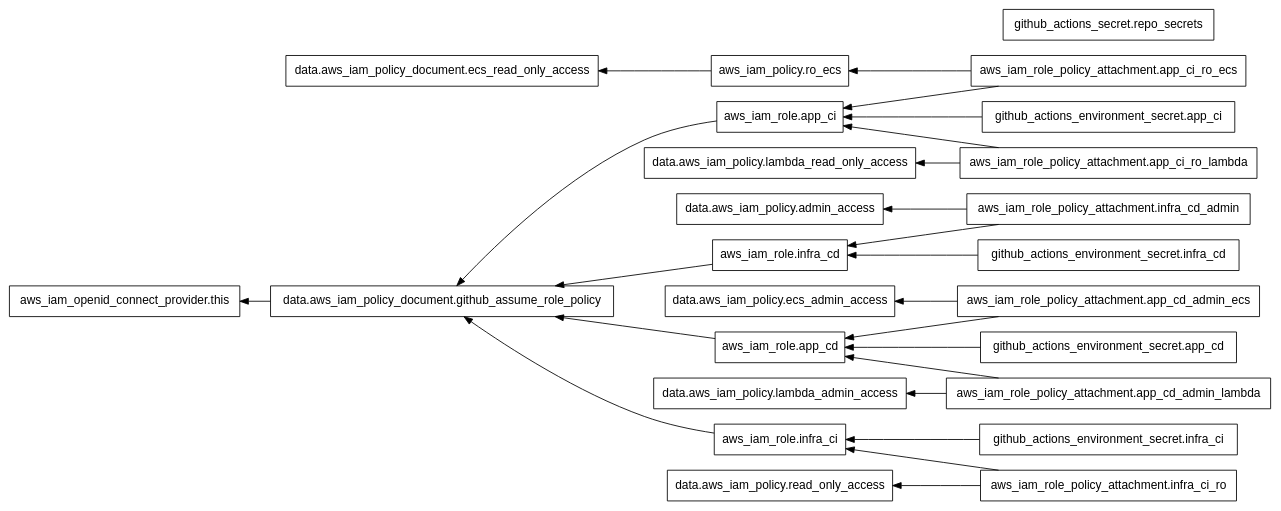
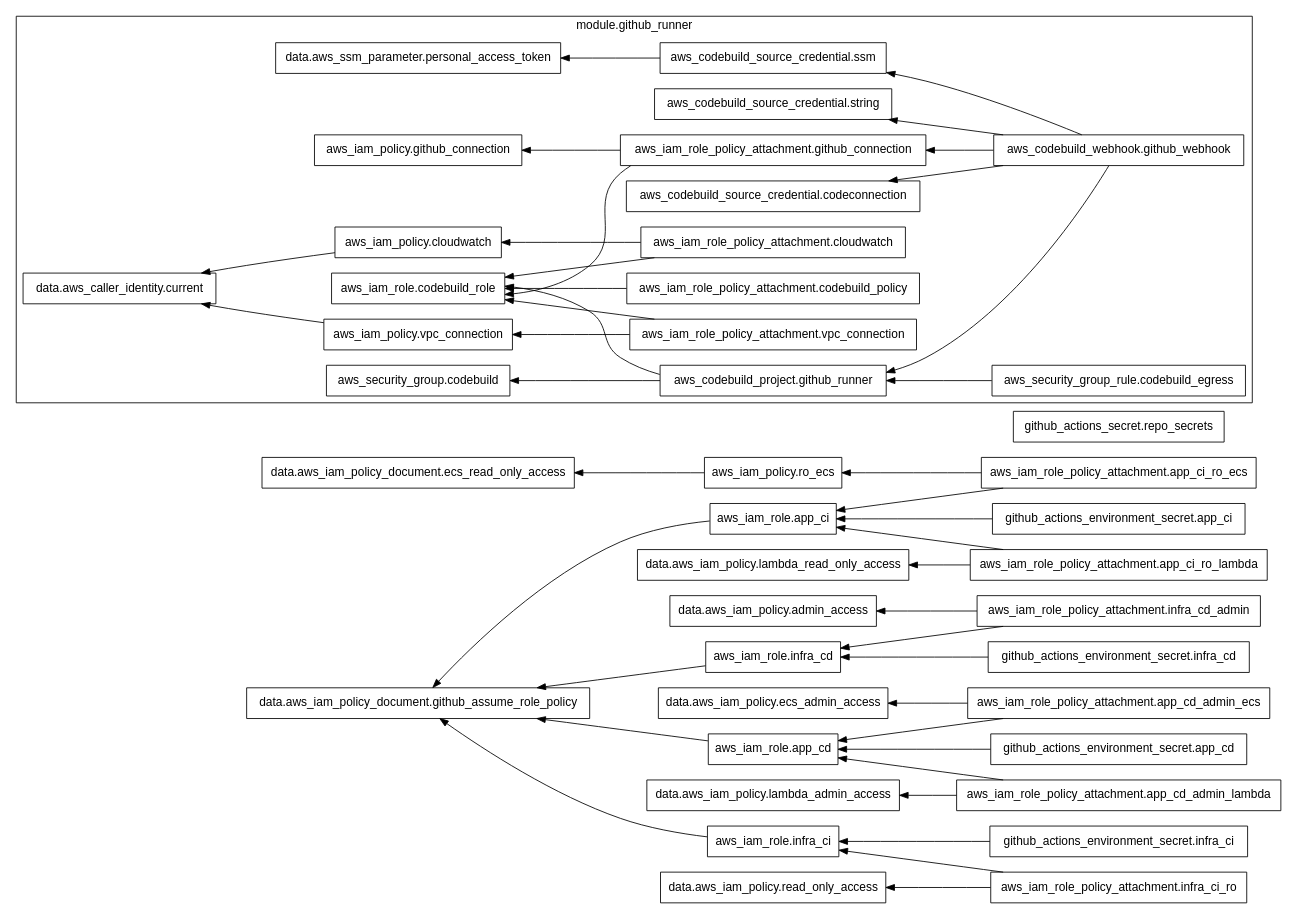
One commit to pagopa/dx changed the diagram in infra/modules/aws_github_environment_bootstrap/graph.dot. Above: the diagram before and after it, drawn with Graphviz. The commit also changed 2 other files, not shown here.

```diff
--- a/infra/modules/aws_github_environment_bootstrap/graph.dot
+++ b/infra/modules/aws_github_environment_bootstrap/graph.dot
@@ -1,50 +1,87 @@
 digraph G {
   rankdir = "RL";
   node [shape = rect, fontname = "sans-serif"];
   "data.aws_iam_policy.admin_access" [label="data.aws_iam_policy.admin_access"];
   "data.aws_iam_policy.ecs_admin_access" [label="data.aws_iam_policy.ecs_admin_access"];
   "data.aws_iam_policy.lambda_admin_access" [label="data.aws_iam_policy.lambda_admin_access"];
   "data.aws_iam_policy.lambda_read_only_access" [label="data.aws_iam_policy.lambda_read_only_access"];
   "data.aws_iam_policy.read_only_access" [label="data.aws_iam_policy.read_only_access"];
   "data.aws_iam_policy_document.ecs_read_only_access" [label="data.aws_iam_policy_document.ecs_read_only_access"];
   "data.aws_iam_policy_document.github_assume_role_policy" [label="data.aws_iam_policy_document.github_assume_role_policy"];
-  "aws_iam_openid_connect_provider.this" [label="aws_iam_openid_connect_provider.this"];
   "aws_iam_policy.ro_ecs" [label="aws_iam_policy.ro_ecs"];
   "aws_iam_role.app_cd" [label="aws_iam_role.app_cd"];
   "aws_iam_role.app_ci" [label="aws_iam_role.app_ci"];
   "aws_iam_role.infra_cd" [label="aws_iam_role.infra_cd"];
   "aws_iam_role.infra_ci" [label="aws_iam_role.infra_ci"];
   "aws_iam_role_policy_attachment.app_cd_admin_ecs" [label="aws_iam_role_policy_attachment.app_cd_admin_ecs"];
   "aws_iam_role_policy_attachment.app_cd_admin_lambda" [label="aws_iam_role_policy_attachment.app_cd_admin_lambda"];
   "aws_iam_role_policy_attachment.app_ci_ro_ecs" [label="aws_iam_role_policy_attachment.app_ci_ro_ecs"];
   "aws_iam_role_policy_attachment.app_ci_ro_lambda" [label="aws_iam_role_policy_attachment.app_ci_ro_lambda"];
   "aws_iam_role_policy_attachment.infra_cd_admin" [label="aws_iam_role_policy_attachment.infra_cd_admin"];
   "aws_iam_role_policy_attachment.infra_ci_ro" [label="aws_iam_role_policy_attachment.infra_ci_ro"];
   "github_actions_environment_secret.app_cd" [label="github_actions_environment_secret.app_cd"];
   "github_actions_environment_secret.app_ci" [label="github_actions_environment_secret.app_ci"];
   "github_actions_environment_secret.infra_cd" [label="github_actions_environment_secret.infra_cd"];
   "github_actions_environment_secret.infra_ci" [label="github_actions_environment_secret.infra_ci"];
   "github_actions_secret.repo_secrets" [label="github_actions_secret.repo_secrets"];
-  "data.aws_iam_policy_document.github_assume_role_policy" -> "aws_iam_openid_connect_provider.this";
+  subgraph "cluster_module.github_runner" {
+    label = "module.github_runner"
+    fontname = "sans-serif"
+    "module.github_runner.data.aws_caller_identity.current" [label="data.aws_caller_identity.current"];
+    "module.github_runner.data.aws_ssm_parameter.personal_access_token" [label="data.aws_ssm_parameter.personal_access_token"];
+    "module.github_runner.aws_codebuild_project.github_runner" [label="aws_codebuild_project.github_runner"];
+    "module.github_runner.aws_codebuild_source_credential.codeconnection" [label="aws_codebuild_source_credential.codeconnection"];
+    "module.github_runner.aws_codebuild_source_credential.ssm" [label="aws_codebuild_source_credential.ssm"];
+    "module.github_runner.aws_codebuild_source_credential.string" [label="aws_codebuild_source_credential.string"];
+    "module.github_runner.aws_codebuild_webhook.github_webhook" [label="aws_codebuild_webhook.github_webhook"];
+    "module.github_runner.aws_iam_policy.cloudwatch" [label="aws_iam_policy.cloudwatch"];
+    "module.github_runner.aws_iam_policy.github_connection" [label="aws_iam_policy.github_connection"];
+    "module.github_runner.aws_iam_policy.vpc_connection" [label="aws_iam_policy.vpc_connection"];
+    "module.github_runner.aws_iam_role.codebuild_role" [label="aws_iam_role.codebuild_role"];
+    "module.github_runner.aws_iam_role_policy_attachment.cloudwatch" [label="aws_iam_role_policy_attachment.cloudwatch"];
+    "module.github_runner.aws_iam_role_policy_attachment.codebuild_policy" [label="aws_iam_role_policy_attachment.codebuild_policy"];
+    "module.github_runner.aws_iam_role_policy_attachment.github_connection" [label="aws_iam_role_policy_attachment.github_connection"];
+    "module.github_runner.aws_iam_role_policy_attachment.vpc_connection" [label="aws_iam_role_policy_attachment.vpc_connection"];
+    "module.github_runner.aws_security_group.codebuild" [label="aws_security_group.codebuild"];
+    "module.github_runner.aws_security_group_rule.codebuild_egress" [label="aws_security_group_rule.codebuild_egress"];
+  }
   "aws_iam_policy.ro_ecs" -> "data.aws_iam_policy_document.ecs_read_only_access";
   "aws_iam_role.app_cd" -> "data.aws_iam_policy_document.github_assume_role_policy";
   "aws_iam_role.app_ci" -> "data.aws_iam_policy_document.github_assume_role_policy";
   "aws_iam_role.infra_cd" -> "data.aws_iam_policy_document.github_assume_role_policy";
   "aws_iam_role.infra_ci" -> "data.aws_iam_policy_document.github_assume_role_policy";
   "aws_iam_role_policy_attachment.app_cd_admin_ecs" -> "data.aws_iam_policy.ecs_admin_access";
   "aws_iam_role_policy_attachment.app_cd_admin_ecs" -> "aws_iam_role.app_cd";
   "aws_iam_role_policy_attachment.app_cd_admin_lambda" -> "data.aws_iam_policy.lambda_admin_access";
   "aws_iam_role_policy_attachment.app_cd_admin_lambda" -> "aws_iam_role.app_cd";
   "aws_iam_role_policy_attachment.app_ci_ro_ecs" -> "aws_iam_policy.ro_ecs";
   "aws_iam_role_policy_attachment.app_ci_ro_ecs" -> "aws_iam_role.app_ci";
   "aws_iam_role_policy_attachment.app_ci_ro_lambda" -> "data.aws_iam_policy.lambda_read_only_access";
   "aws_iam_role_policy_attachment.app_ci_ro_lambda" -> "aws_iam_role.app_ci";
   "aws_iam_role_policy_attachment.infra_cd_admin" -> "data.aws_iam_policy.admin_access";
   "aws_iam_role_policy_attachment.infra_cd_admin" -> "aws_iam_role.infra_cd";
   "aws_iam_role_policy_attachment.infra_ci_ro" -> "data.aws_iam_policy.read_only_access";
   "aws_iam_role_policy_attachment.infra_ci_ro" -> "aws_iam_role.infra_ci";
   "github_actions_environment_secret.app_cd" -> "aws_iam_role.app_cd";
   "github_actions_environment_secret.app_ci" -> "aws_iam_role.app_ci";
   "github_actions_environment_secret.infra_cd" -> "aws_iam_role.infra_cd";
   "github_actions_environment_secret.infra_ci" -> "aws_iam_role.infra_ci";
+  "module.github_runner.aws_codebuild_project.github_runner" -> "module.github_runner.aws_iam_role.codebuild_role";
+  "module.github_runner.aws_codebuild_project.github_runner" -> "module.github_runner.aws_security_group.codebuild";
+  "module.github_runner.aws_codebuild_source_credential.ssm" -> "module.github_runner.data.aws_ssm_parameter.personal_access_token";
+  "module.github_runner.aws_codebuild_webhook.github_webhook" -> "module.github_runner.aws_codebuild_project.github_runner";
+  "module.github_runner.aws_codebuild_webhook.github_webhook" -> "module.github_runner.aws_codebuild_source_credential.codeconnection";
+  "module.github_runner.aws_codebuild_webhook.github_webhook" -> "module.github_runner.aws_codebuild_source_credential.ssm";
+  "module.github_runner.aws_codebuild_webhook.github_webhook" -> "module.github_runner.aws_codebuild_source_credential.string";
+  "module.github_runner.aws_codebuild_webhook.github_webhook" -> "module.github_runner.aws_iam_role_policy_attachment.github_connection";
+  "module.github_runner.aws_iam_policy.cloudwatch" -> "module.github_runner.data.aws_caller_identity.current";
+  "module.github_runner.aws_iam_policy.vpc_connection" -> "module.github_runner.data.aws_caller_identity.current";
+  "module.github_runner.aws_iam_role_policy_attachment.cloudwatch" -> "module.github_runner.aws_iam_policy.cloudwatch";
+  "module.github_runner.aws_iam_role_policy_attachment.cloudwatch" -> "module.github_runner.aws_iam_role.codebuild_role";
+  "module.github_runner.aws_iam_role_policy_attachment.codebuild_policy" -> "module.github_runner.aws_iam_role.codebuild_role";
+  "module.github_runner.aws_iam_role_policy_attachment.github_connection" -> "module.github_runner.aws_iam_policy.github_connection";
+  "module.github_runner.aws_iam_role_policy_attachment.github_connection" -> "module.github_runner.aws_iam_role.codebuild_role";
+  "module.github_runner.aws_iam_role_policy_attachment.vpc_connection" -> "module.github_runner.aws_iam_policy.vpc_connection";
+  "module.github_runner.aws_iam_role_policy_attachment.vpc_connection" -> "module.github_runner.aws_iam_role.codebuild_role";
+  "module.github_runner.aws_security_group_rule.codebuild_egress" -> "module.github_runner.aws_codebuild_project.github_runner";
 }
```
